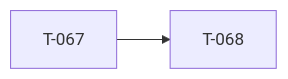
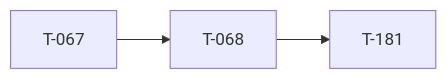
One commit to darkforce09/TBD-reforger changed the diagram in docs/TICKET_LEAD.md. Above: the diagram before and after it, drawn with Mermaid. The commit also changed other lines of this file and 56 other files, not shown here.

````diff
--- a/docs/TICKET_LEAD.md
+++ b/docs/TICKET_LEAD.md
@@ -30,4 +31,5 @@
 ```mermaid
 flowchart LR
   T067[T-067] --> T068[T-068]
+  T068[T-068] --> T181[T-181]
 ```
````
